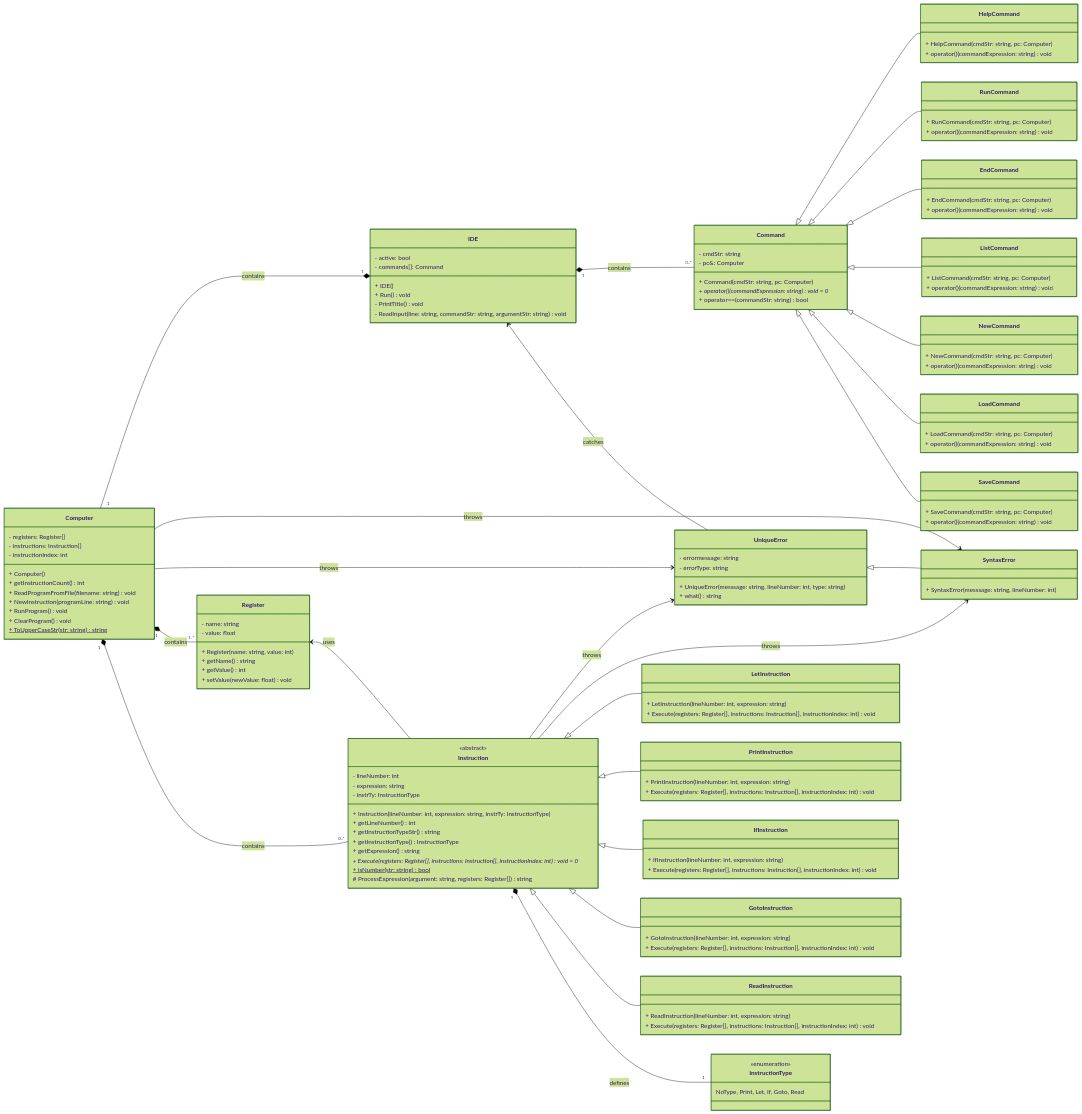
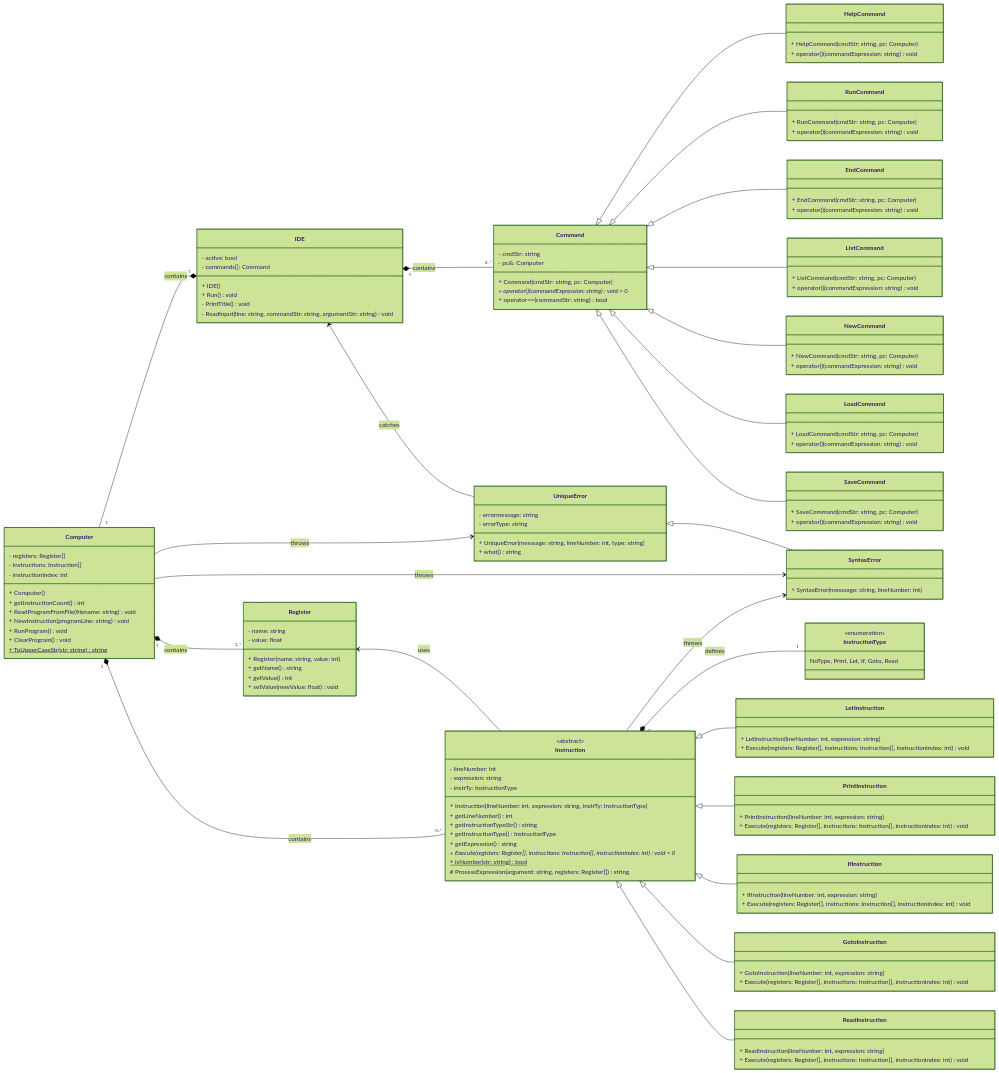
The second of 2 diagrams in Documentation/DevDoc.md (Spyro1/Basic-Lite-Interpreter), drawn with Mermaid (forest theme) before and after one commit. The commit also changed other lines of this file and 2 other files, not shown here.

Commit message:
Jporta Submission 1.2: Dev doc started, added uml diagrams

```diff
--- a/Documentation/DevDoc.md
+++ b/Documentation/DevDoc.md
@@ -233,12 +303,12 @@
     IDE <-- UniqueError : catches
 %%    UniqueError --> IDE : catches 
     
+    
+%%    Instruction --> UniqueError : throws
+    Instruction --> SyntaxError : throws
     UniqueError <|-- SyntaxError
-    
-    Instruction --> UniqueError : throws
-    Instruction --> SyntaxError : throws
+    Computer --> UniqueError : throws
     Computer --> SyntaxError : throws
-    Computer --> UniqueError : throws
     
 %%    SyntaxError --|> UniqueError
    
@@ -246,12 +316,12 @@
     Computer "1" *-- "0..*" Instruction : contains
     Register <-- Instruction : uses
 
+    Instruction "1" *-- "1" InstructionType : defines
     Instruction <|-- LetInstruction
     Instruction <|-- PrintInstruction
     Instruction <|-- IfInstruction
     Instruction <|-- GotoInstruction
     Instruction <|-- ReadInstruction
-    Instruction "1" *-- "1" InstructionType : defines
     %% ----
 %%    SyntaxError <-- Instruction : throws
 %%    UniqueError <-- Instruction : throws
```
